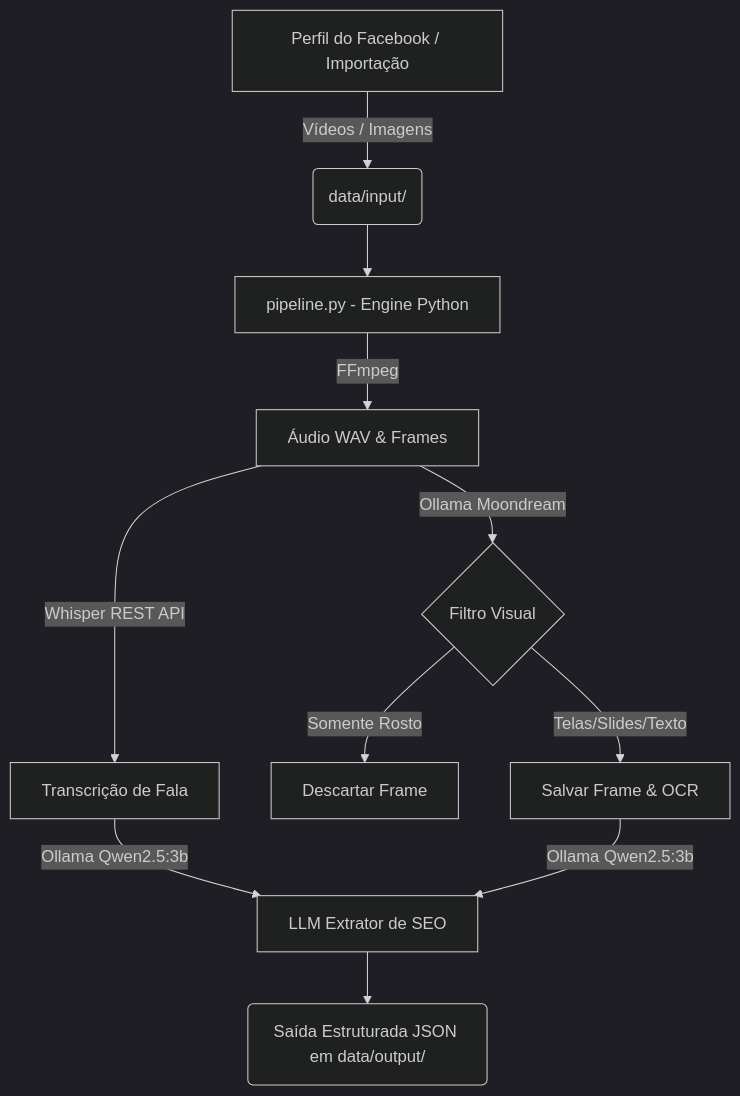
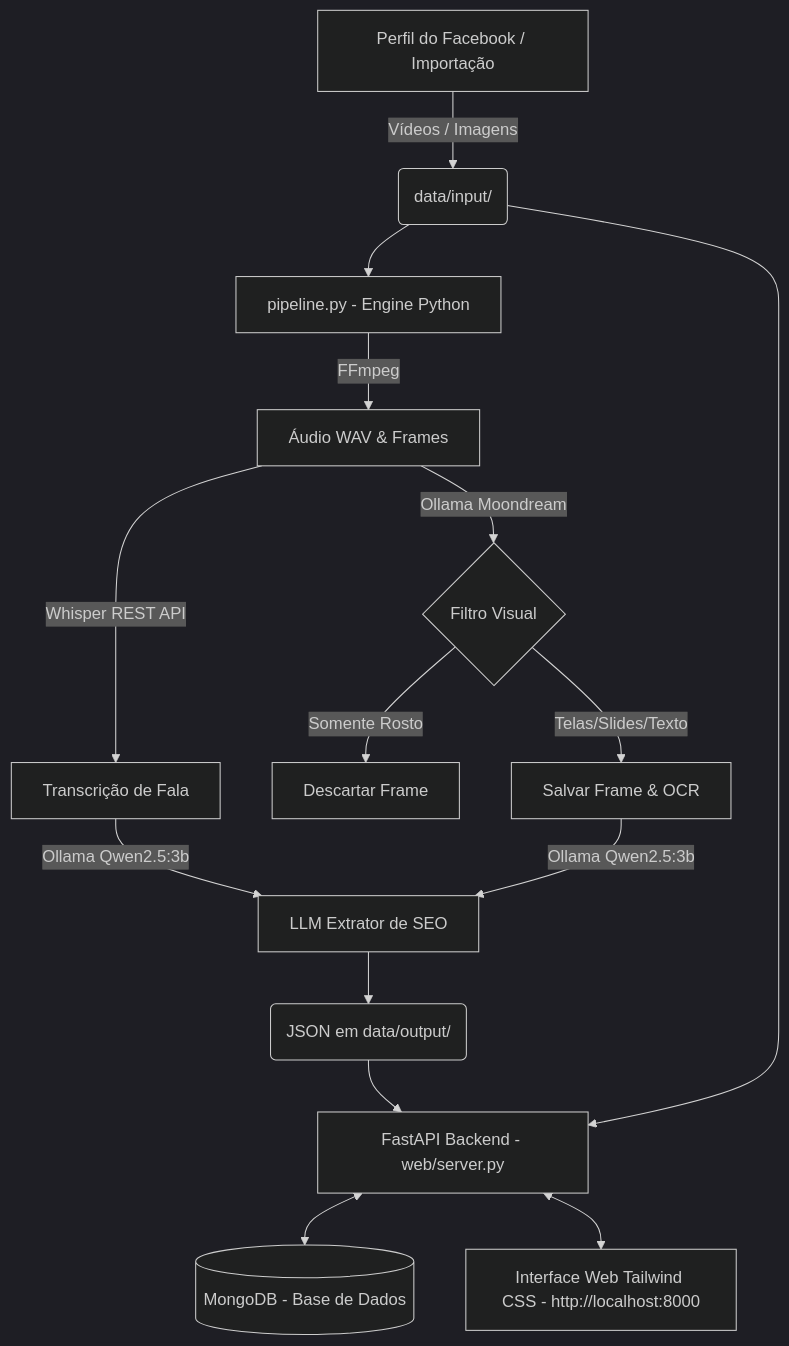
One commit to renatos/PipelineFace changed the diagram in README.md. Above: the diagram before and after it, drawn with Mermaid (dark theme). The commit also changed other lines of this file and 5 other files, not shown here.

Commit message:
feat: add Web Management Application (Tailwind CSS + MongoDB) with input media player, frame gallery, checklist, and execution controls

````diff
--- a/README.md
+++ b/README.md
@@ -22,12 +27,15 @@
 ```mermaid
 flowchart TD
     A[Perfil do Facebook / Importação] -->|Vídeos / Imagens| B(data/input/)
     B --> C[pipeline.py - Engine Python]
     C -->|FFmpeg| D[Áudio WAV & Frames]
     D -->|Whisper REST API| E[Transcrição de Fala]
     D -->|Ollama Moondream| F{Filtro Visual}
     F -->|Somente Rosto| G[Descartar Frame]
     F -->|Telas/Slides/Texto| H[Salvar Frame & OCR]
     E & H -->|Ollama Qwen2.5:3b| I[LLM Extrator de SEO]
-    I --> J(Saída Estruturada JSON em data/output/)
+    I --> J(JSON em data/output/)
+    J & B --> K[FastAPI Backend - web/server.py]
+    K <--> L[(MongoDB - Base de Dados)]
+    K <--> M[Interface Web Tailwind CSS - http://localhost:8000]
 ```
````
